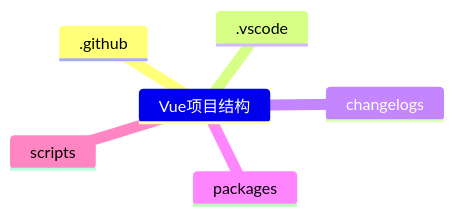
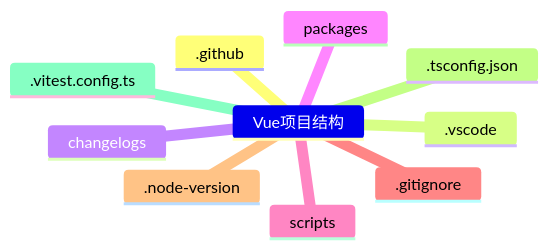
One commit to vue-collections/tiny-vue changed the diagram in notebook/project-structure.md. Above: the diagram before and after it, drawn with Mermaid.

Commit message:
create: notebook fold

````diff
--- a/notebook/project-structure.md
+++ b/notebook/project-structure.md
@@ -1,9 +1,13 @@
 ```mermaid
 mindmap
 Vue项目结构
   .github
   .vscode
   changelogs
   packages
   scripts
+  .gitignore
+  .node-version
+  .tsconfig.json
+  .vitest.config.ts
 ```
````
